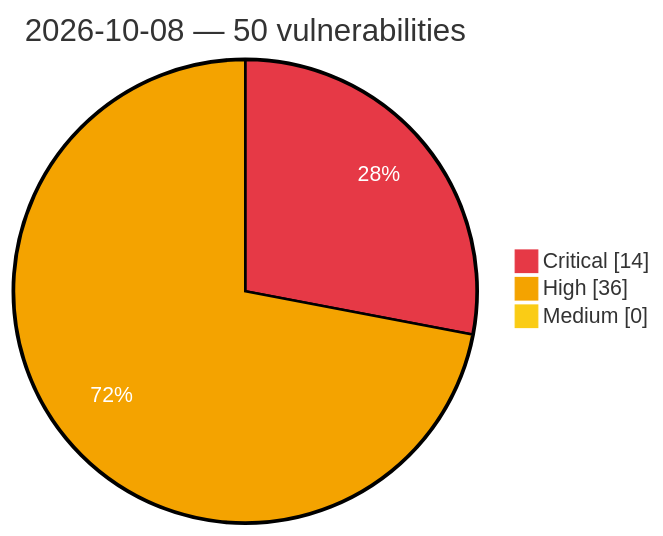
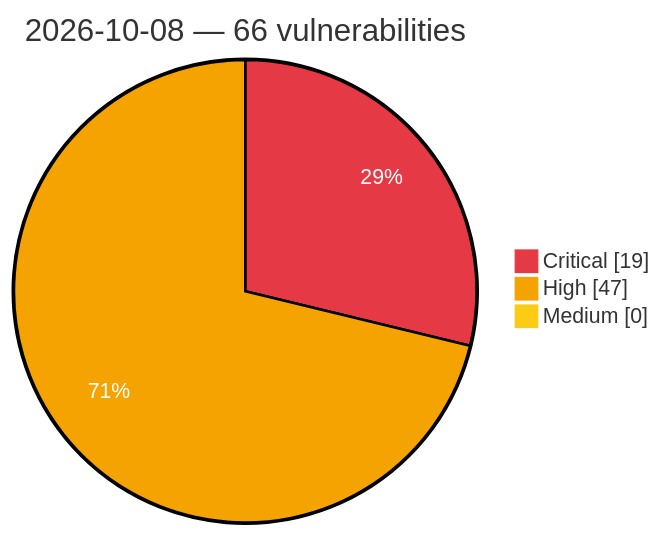
One commit to GhostX0X/vuln-tracker changed the diagram in vulnerabilities/2026/October/2026-10-08.md. Above: the diagram before and after it, drawn with Mermaid. The commit also changed other lines of this file and 5 other files, not shown here.

Commit message:
Auto update: critical/high vulns (2026-10-08 20:46 UTC)

````diff
--- a/vulnerabilities/2026/October/2026-10-08.md
+++ b/vulnerabilities/2026/October/2026-10-08.md
@@ -3,8 +3,8 @@
 ```mermaid
 %%{init: {'theme':'base', 'themeVariables': {'pie1':'#e63946', 'pie2':'#f4a300', 'pie3':'#facc15', 'pieOpacity':'1', 'pieOuterStrokeWidth':'2px', 'pieSectionTextColor':'#ffffff'}}}%%
 pie showData
-    title 2026-10-08 — 50 vulnerabilities
-    "Critical" : 14
-    "High" : 36
+    title 2026-10-08 — 66 vulnerabilities
+    "Critical" : 19
+    "High" : 47
     "Medium" : 0
 ```
````
